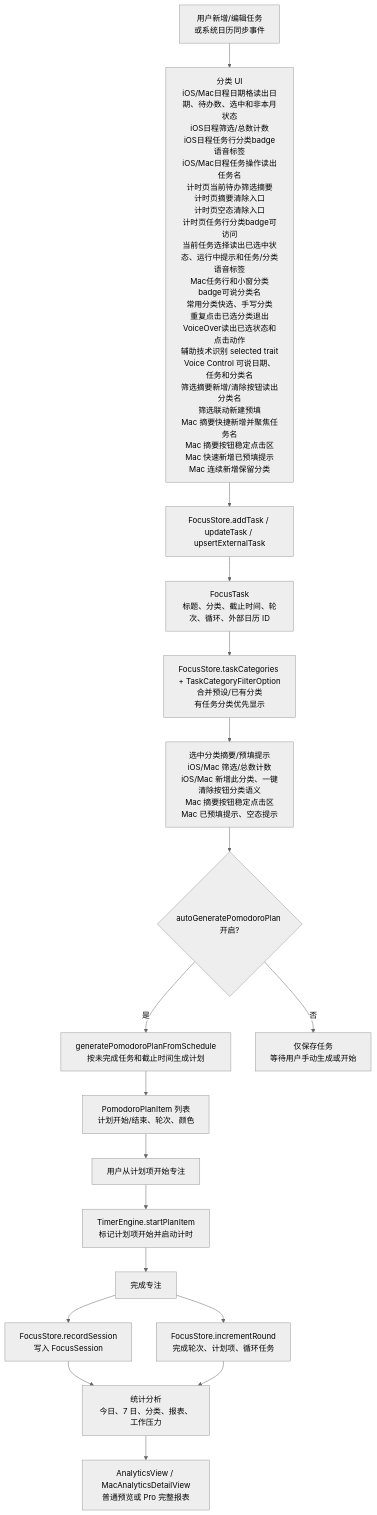
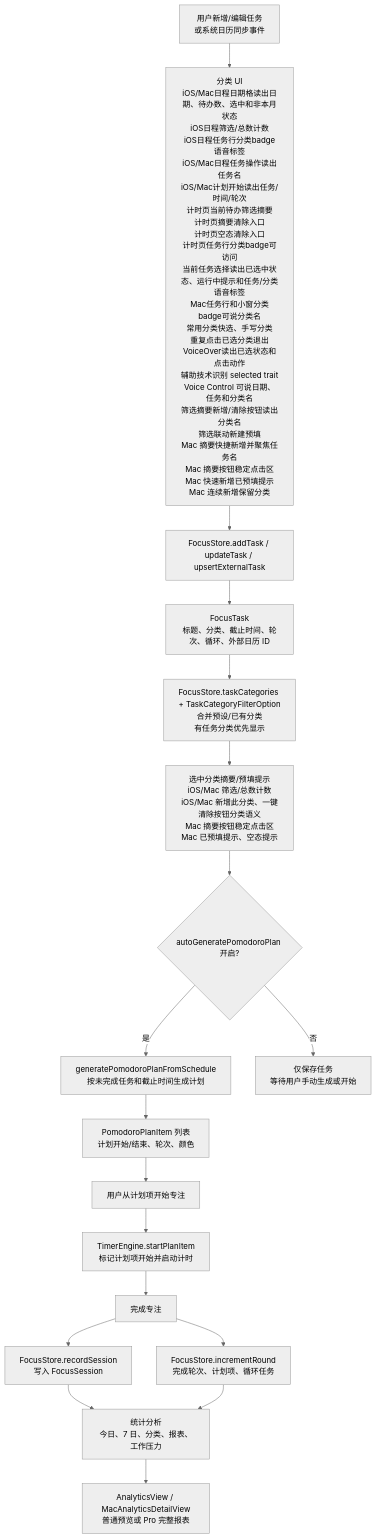
The third of 6 diagrams in md/flow/flowchart.md (Altman-sam114/114), drawn with Mermaid (neutral theme) before and after one commit. The commit also changed other lines of this file and 9 other files, not shown here.

````diff
--- a/md/flow/flowchart.md
+++ b/md/flow/flowchart.md
@@ -63,20 +63,20 @@
 ```mermaid
 flowchart TD
-  A["用户新增/编辑任务<br/>或系统日历同步事件"] --> P0["分类 UI<br/>iOS/Mac日程日期格读出日期、待办数、选中和非本月状态<br/>iOS日程筛选/总数计数<br/>iOS日程任务行分类badge语音标签<br/>iOS/Mac日程任务操作读出任务名<br/>计时页当前待办筛选摘要<br/>计时页摘要清除入口<br/>计时页空态清除入口<br/>计时页任务行分类badge可访问<br/>当前任务选择读出已选中状态、运行中提示和任务/分类语音标签<br/>Mac任务行和小窗分类badge可说分类名<br/>常用分类快选、手写分类<br/>重复点击已选分类退出<br/>VoiceOver读出已选状态和点击动作<br/>辅助技术识别 selected trait<br/>Voice Control 可说日期、任务和分类名<br/>筛选摘要新增/清除按钮读出分类名<br/>筛选联动新建预填<br/>Mac 摘要快捷新增并聚焦任务名<br/>Mac 摘要按钮稳定点击区<br/>Mac 快速新增已预填提示<br/>Mac 连续新增保留分类"]
+  A["用户新增/编辑任务<br/>或系统日历同步事件"] --> P0["分类 UI<br/>iOS/Mac日程日期格读出日期、待办数、选中和非本月状态<br/>iOS日程筛选/总数计数<br/>iOS日程任务行分类badge语音标签<br/>iOS/Mac日程任务操作读出任务名<br/>iOS/Mac计划开始读出任务/时间/轮次<br/>计时页当前待办筛选摘要<br/>计时页摘要清除入口<br/>计时页空态清除入口<br/>计时页任务行分类badge可访问<br/>当前任务选择读出已选中状态、运行中提示和任务/分类语音标签<br/>Mac任务行和小窗分类badge可说分类名<br/>常用分类快选、手写分类<br/>重复点击已选分类退出<br/>VoiceOver读出已选状态和点击动作<br/>辅助技术识别 selected trait<br/>Voice Control 可说日期、任务和分类名<br/>筛选摘要新增/清除按钮读出分类名<br/>筛选联动新建预填<br/>Mac 摘要快捷新增并聚焦任务名<br/>Mac 摘要按钮稳定点击区<br/>Mac 快速新增已预填提示<br/>Mac 连续新增保留分类"]
   P0 --> B["FocusStore.addTask / updateTask / upsertExternalTask"]
   B --> C["FocusTask<br/>标题、分类、截止时间、轮次、循环、外部日历 ID"]
   C --> C2["FocusStore.taskCategories + TaskCategoryFilterOption<br/>合并预设/已有分类<br/>有任务分类优先显示"]
   C2 --> C3["选中分类摘要/预填提示<br/>iOS/Mac 筛选/总数计数<br/>iOS/Mac 新增此分类、一键清除按钮分类语义<br/>Mac 摘要按钮稳定点击区<br/>Mac 已预填提示、空态提示"]
   C3 --> D{"autoGeneratePomodoroPlan 开启?"}
   D -->|是| E["generatePomodoroPlanFromSchedule<br/>按未完成任务和截止时间生成计划"]
   D -->|否| F["仅保存任务<br/>等待用户手动生成或开始"]
   E --> G["PomodoroPlanItem 列表<br/>计划开始/结束、轮次、颜色"]
   G --> H["用户从计划项开始专注"]
   H --> I["TimerEngine.startPlanItem<br/>标记计划项开始并启动计时"]
   I --> J["完成专注"]
   J --> K["FocusStore.incrementRound<br/>完成轮次、计划项、循环任务"]
   J --> L["FocusStore.recordSession<br/>写入 FocusSession"]
   L --> M["统计分析<br/>今日、7 日、分类、报表、工作压力"]
   K --> M
   M --> N["AnalyticsView / MacAnalyticsDetailView<br/>普通预览或 Pro 完整报表"]
 ```
````
